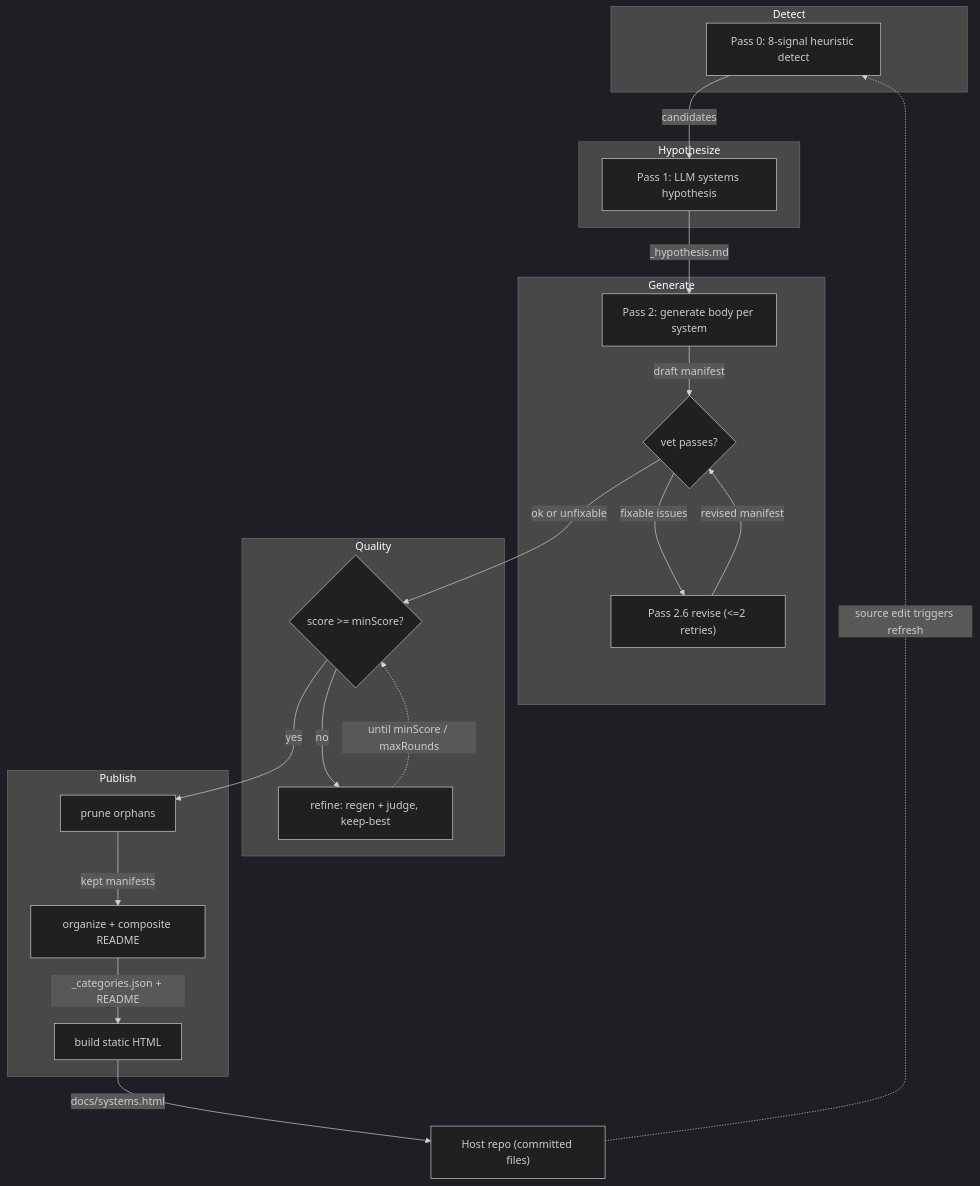
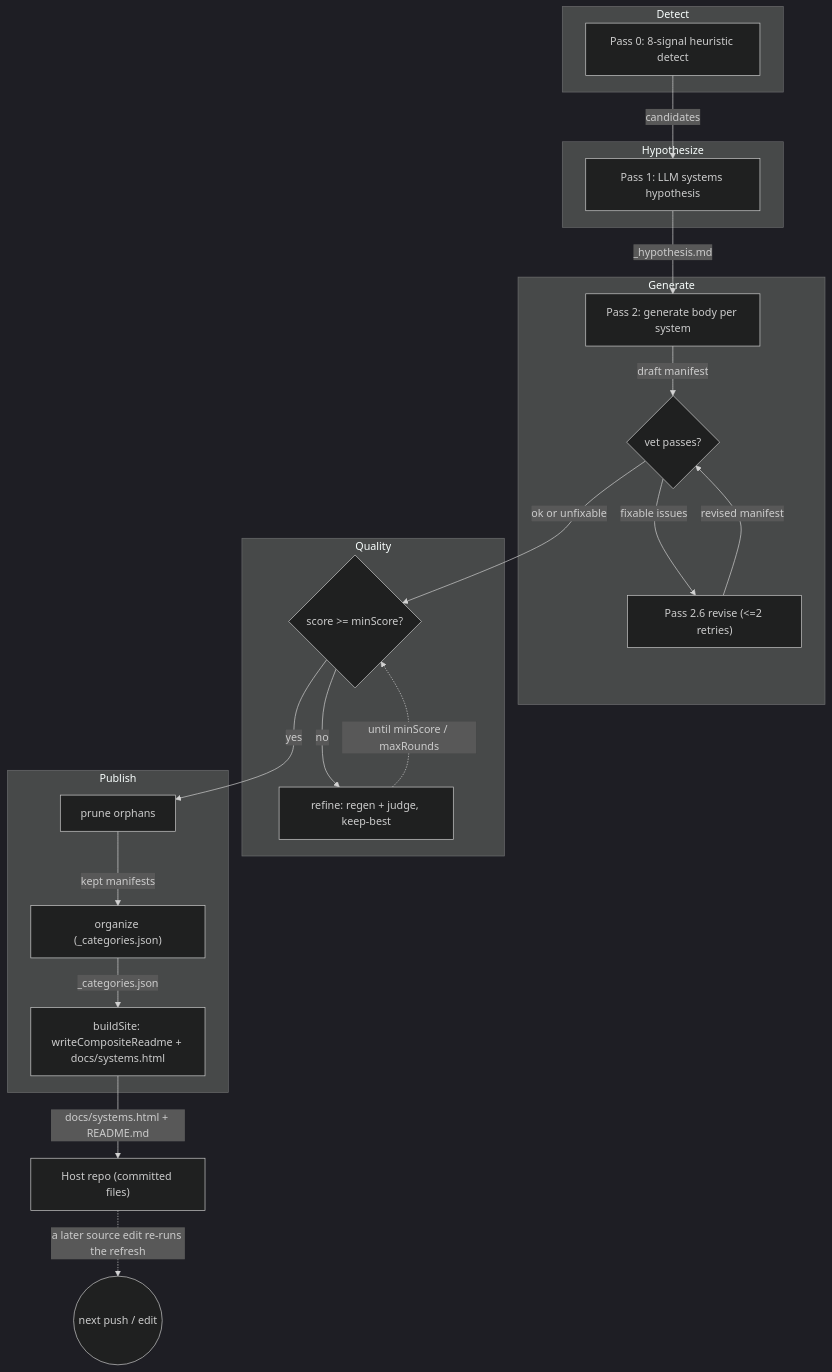
The first of 3 diagrams in docs/systems/systems-registry.md (decider/codecontext), drawn with Mermaid (dark theme) before and after one commit. The commit also changed other lines of this file and 14 other files, not shown here.

First line of the commit message:
fix: top-down loop diagrams + layout-stability guard, higher-quality manifests

````diff
--- a/docs/systems/systems-registry.md
+++ b/docs/systems/systems-registry.md
@@ -53,36 +58,36 @@
 ```mermaid
 flowchart TB
   subgraph Detect
     P0["Pass 0: 8-signal heuristic detect"]
   end
   subgraph Hypothesize
     P1["Pass 1: LLM systems hypothesis"]
   end
   subgraph Generate
     P2["Pass 2: generate body per system"]
     V{"vet passes?"}
     R["Pass 2.6 revise (<=2 retries)"]
   end
   subgraph Quality
     J{"score >= minScore?"}
     RF["refine: regen + judge, keep-best"]
   end
   subgraph Publish
     PR["prune orphans"]
-    ORG["organize + composite README"]
-    BLD["build static HTML"]
+    ORG["organize (_categories.json)"]
+    BLD["buildSite: writeCompositeReadme + docs/systems.html"]
   end
   P0 -->|"candidates"| P1
   P1 -->|"_hypothesis.md"| P2
   P2 -->|"draft manifest"| V
   V -->|"fixable issues"| R
   R -->|"revised manifest"| V
   V -->|"ok or unfixable"| J
   J -->|"no"| RF
   RF -.->|"until minScore / maxRounds"| J
   J -->|"yes"| PR
   PR -->|"kept manifests"| ORG
-  ORG -->|"_categories.json + README"| BLD
-  BLD -->|"docs/systems.html"| HOST["Host repo (committed files)"]
-  HOST -.->|"source edit triggers refresh"| P0
+  ORG -->|"_categories.json"| BLD
+  BLD -->|"docs/systems.html + README.md"| HOST["Host repo (committed files)"]
+  HOST -.->|"a later source edit re-runs the refresh"| NEXT(("next push / edit"))
 ```
````
